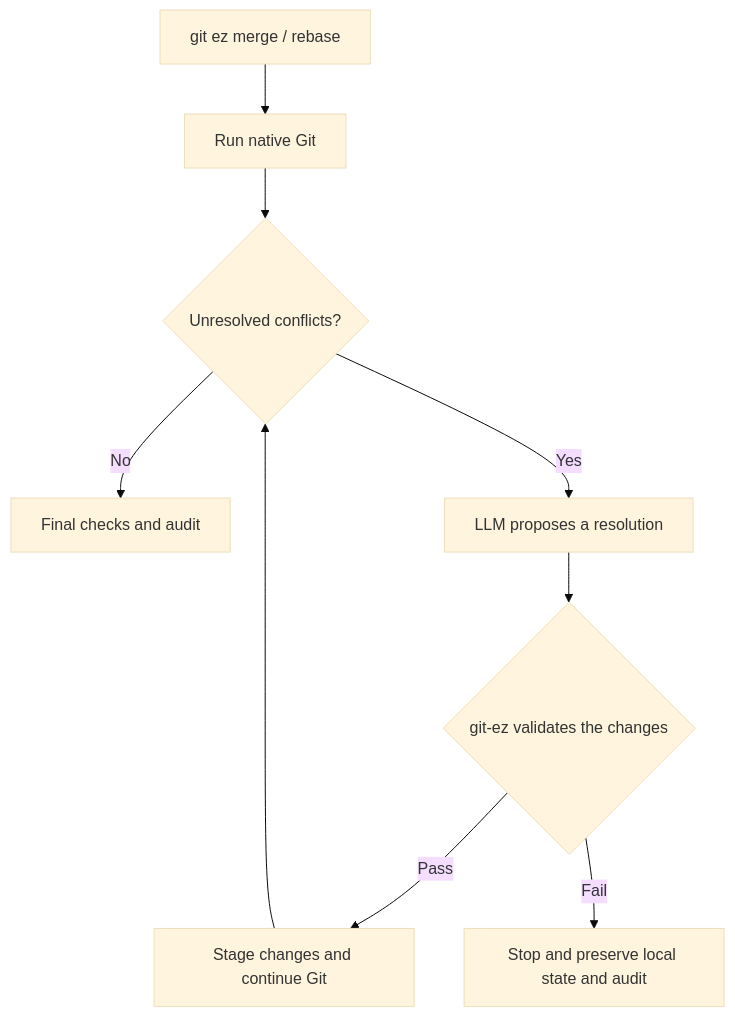
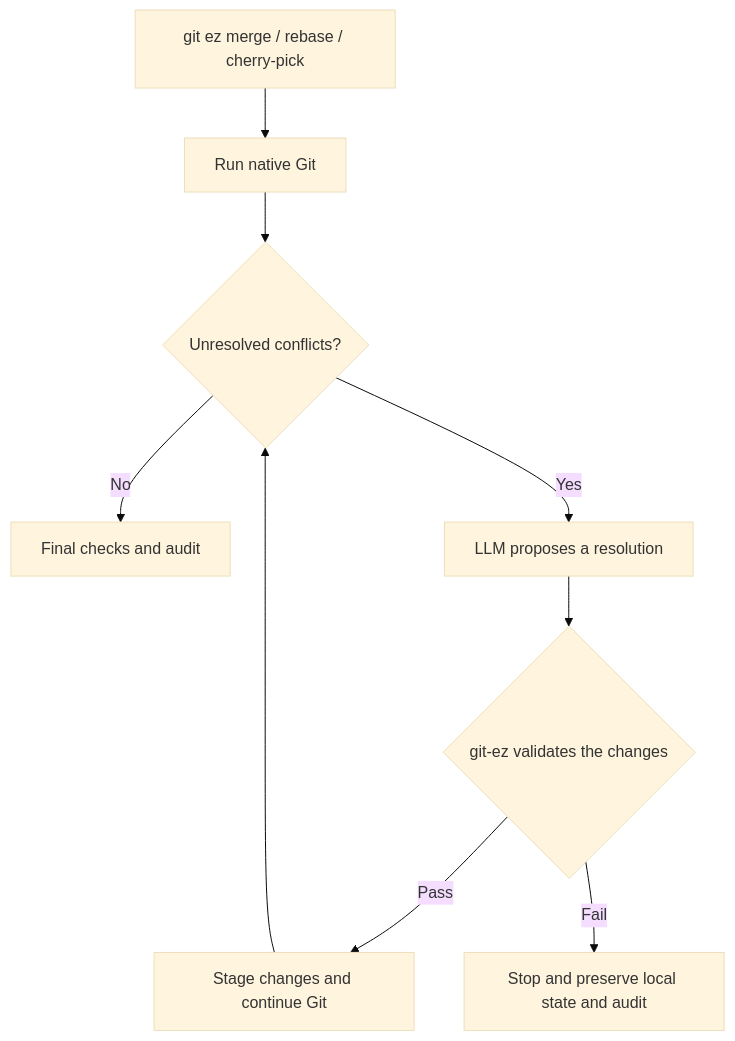
The diagram in README.md (nico97118/git-ez), drawn with Mermaid (base theme) before and after one commit. The commit also changed other lines of this file and 12 other files, not shown here.

First line of the commit message:
feat: support assisted single-commit cherry-pick

````diff
--- a/README.md
+++ b/README.md
@@ -11,11 +12,11 @@
 ```mermaid
 flowchart TD
-    A[git ez merge / rebase] --> B[Run native Git]
+    A[git ez merge / rebase / cherry-pick] --> B[Run native Git]
     B --> C{Unresolved conflicts?}
     C -- No --> D[Final checks and audit]
     C -- Yes --> E[LLM proposes a resolution]
     E --> F{git-ez validates the changes}
     F -- Pass --> G[Stage changes and continue Git]
     G --> C
     F -- Fail --> H[Stop and preserve local state and audit]
 ```
````
